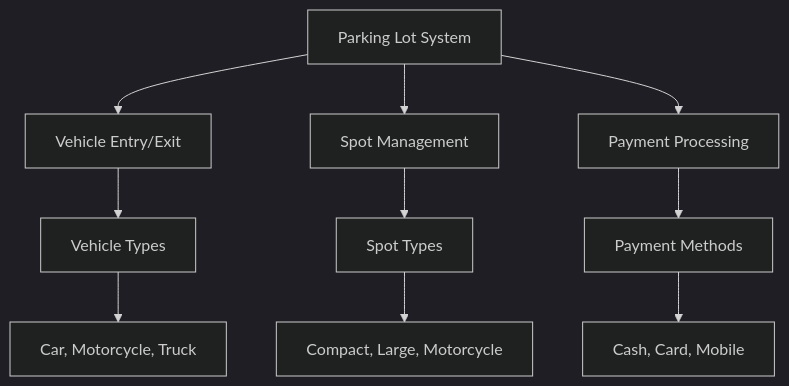
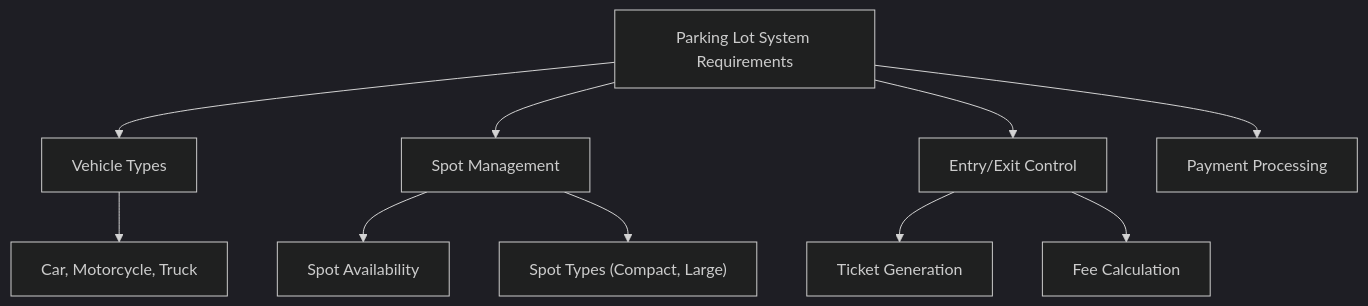
The eighth of 11 diagrams in Fast Revision/01_OOPS_CPP_LLD.md (nishant-iith/Roadmap-Learning), drawn with Mermaid (dark theme) before and after one commit. The commit also changed other lines of this file and 2 other files, not shown here.

````diff
--- a/Fast Revision/01_OOPS_CPP_LLD.md
+++ b/Fast Revision/01_OOPS_CPP_LLD.md
@@ -504,15 +221,13 @@
 ```mermaid
 graph TD
-    A["Parking Lot System"] --> B["Vehicle Entry/Exit"]
+    A["Parking Lot System Requirements"] --> B["Vehicle Types"]
     A --> C["Spot Management"]
-    A --> D["Payment Processing"]
+    A --> D["Entry/Exit Control"]
+    A --> E["Payment Processing"]
 
-    B --> E["Vehicle Types"]
-    E --> F["Car, Motorcycle, Truck"]
-
-    C --> G["Spot Types"]
-    G --> H["Compact, Large, Motorcycle"]
-
-    D --> I["Payment Methods"]
-    I --> J["Cash, Card, Mobile"]
+    B --> F["Car, Motorcycle, Truck"]
+    C --> G["Spot Availability"]
+    C --> H["Spot Types (Compact, Large)"]
+    D --> I["Ticket Generation"]
+    D --> J["Fee Calculation"]
 ```
````
